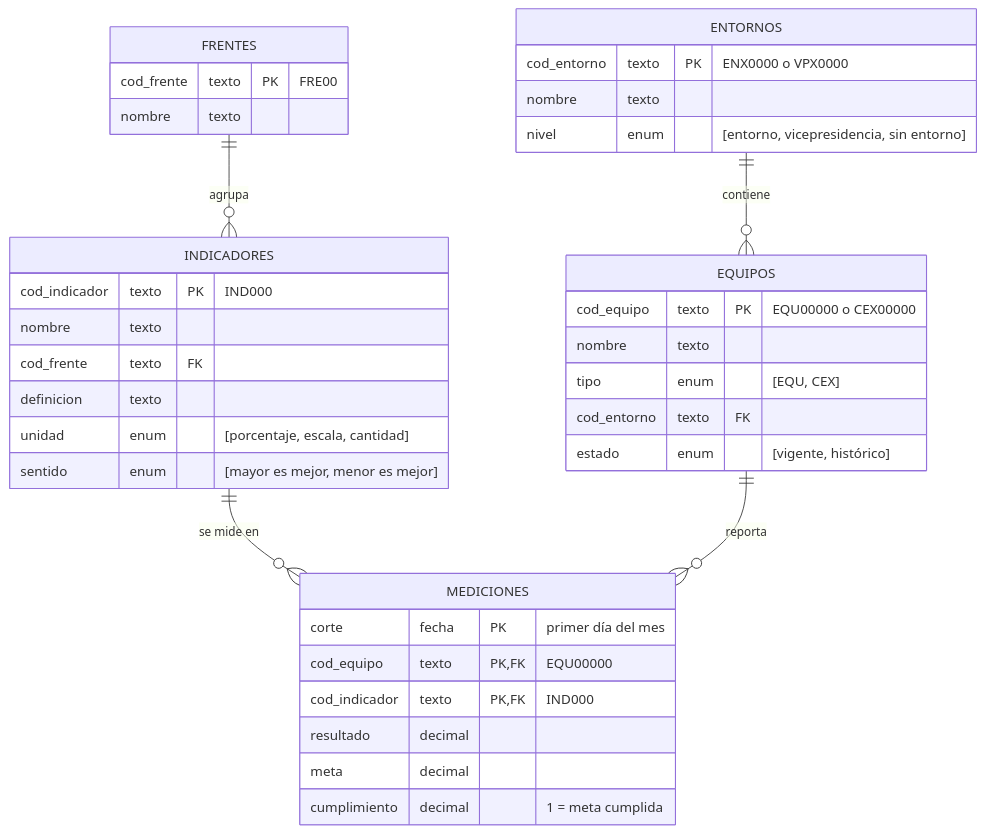
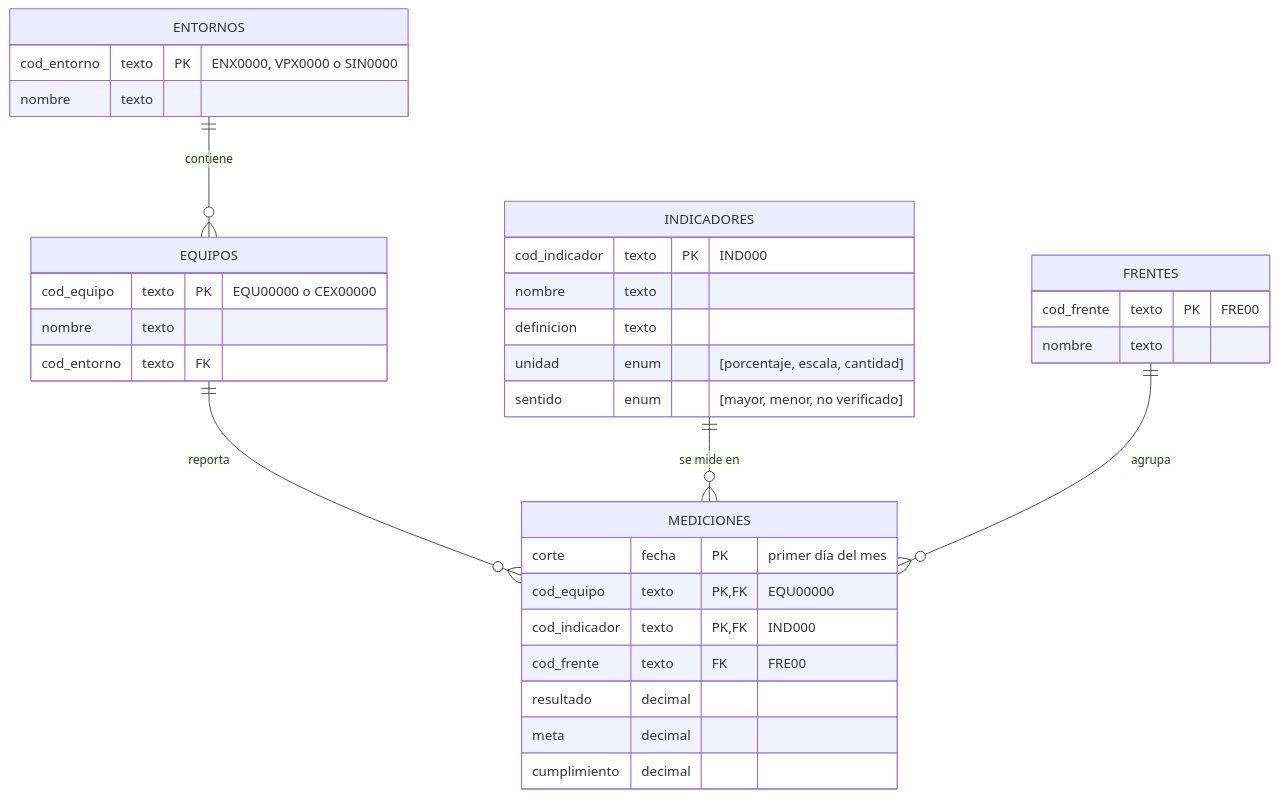
One commit to santiagoneusa/cib-de-technical-interview changed the diagram in 1_experimentacion/README.md. Above: the diagram before and after it, drawn with Mermaid. The commit also changed other lines of this file and 18 other files, not shown here.

First line of the commit message:
Actividad 2: datos procesados en el modelo normalizado; sin recálculo de Cumplimiento; código y notebooks más limpios

````diff
--- a/1_experimentacion/README.md
+++ b/1_experimentacion/README.md
@@ -28,39 +28,36 @@
 ```mermaid
 erDiagram
-    FRENTES ||--o{ INDICADORES : "agrupa"
+    ENTORNOS ||--o{ EQUIPOS : "contiene"
+    EQUIPOS ||--o{ MEDICIONES : "reporta"
     INDICADORES ||--o{ MEDICIONES : "se mide en"
-    EQUIPOS ||--o{ MEDICIONES : "reporta"
-    ENTORNOS ||--o{ EQUIPOS : "contiene"
+    FRENTES ||--o{ MEDICIONES : "agrupa"
     MEDICIONES {
         corte fecha PK "primer día del mes"
         cod_equipo texto PK, FK "EQU00000"
         cod_indicador texto PK, FK "IND000"
+        cod_frente texto FK "FRE00"
         resultado decimal
         meta decimal
-        cumplimiento decimal "1 = meta cumplida"
+        cumplimiento decimal
     }
     EQUIPOS {
         cod_equipo texto PK "EQU00000 o CEX00000"
         nombre texto
-        tipo enum "[EQU, CEX]"
         cod_entorno texto FK
-        estado enum "[vigente, histórico]"
     }
     ENTORNOS {
-        cod_entorno texto PK "ENX0000 o VPX0000"
+        cod_entorno texto PK "ENX0000, VPX0000 o SIN0000"
         nombre texto
-        nivel enum "[entorno, vicepresidencia, sin entorno]"
     }
     INDICADORES {
         cod_indicador texto PK "IND000"
         nombre texto
-        cod_frente texto FK
         definicion texto
         unidad enum "[porcentaje, escala, cantidad]"
-        sentido enum "[mayor es mejor, menor es mejor]"
+        sentido enum "[mayor, menor, no verificado]"
     }
     FRENTES {
         cod_frente texto PK "FRE00"
         nombre texto
     }
 ```
````
